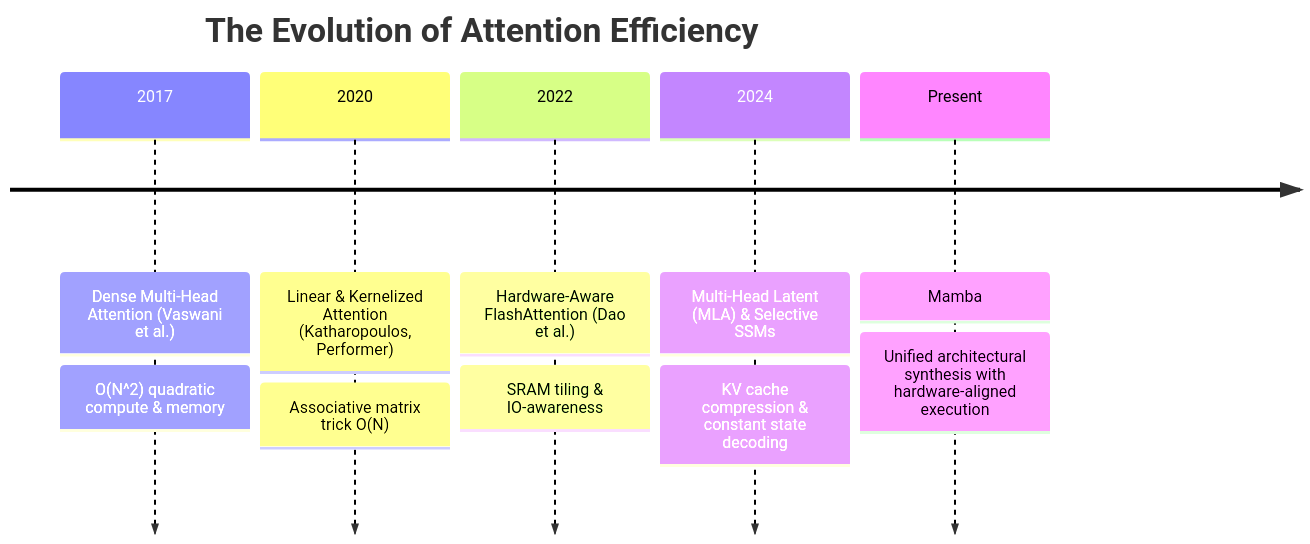
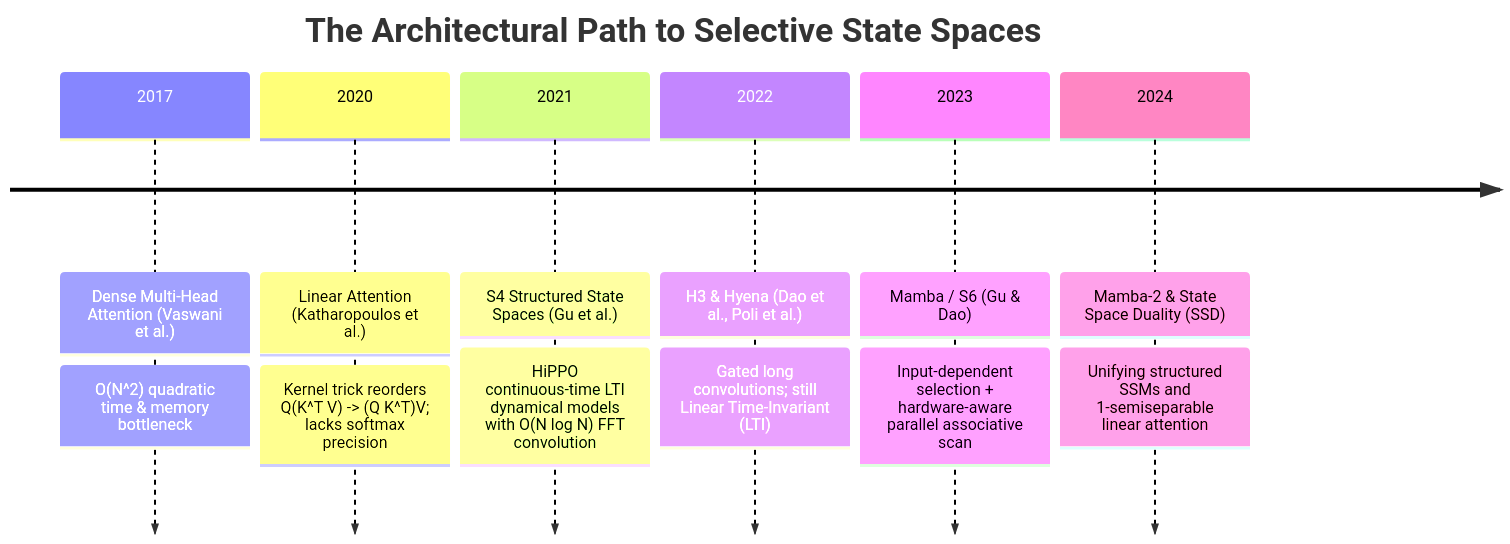
One commit to tahamajs/NeuralOps changed the first of 2 diagrams in Docs/content/attentions_blog/mamba_blog.md. Above: the diagram before and after it, drawn with Mermaid. The commit also changed other lines of this file and 19 other files, not shown here.

````diff
--- a/Docs/content/attentions_blog/mamba_blog.md
+++ b/Docs/content/attentions_blog/mamba_blog.md
@@ -58,9 +84,10 @@
 ```mermaid
 timeline
-    title The Evolution of Attention Efficiency
-    2017 : Dense Multi-Head Attention (Vaswani et al.) : O(N^2) quadratic compute & memory
-    2020 : Linear & Kernelized Attention (Katharopoulos, Performer) : Associative matrix trick O(N)
-    2022 : Hardware-Aware FlashAttention (Dao et al.) : SRAM tiling & IO-awareness
-    2024 : Multi-Head Latent (MLA) & Selective SSMs : KV cache compression & constant state decoding
-    Present : Mamba : Unified architectural synthesis with hardware-aligned execution
+    title The Architectural Path to Selective State Spaces
+    2017 : Dense Multi-Head Attention (Vaswani et al.) : O(N^2) quadratic time & memory bottleneck
+    2020 : Linear Attention (Katharopoulos et al.) : Kernel trick reorders Q(K^T V) -> (Q K^T)V; lacks softmax precision
+    2021 : S4 Structured State Spaces (Gu et al.) : HiPPO continuous-time LTI dynamical models with O(N log N) FFT convolution
+    2022 : H3 & Hyena (Dao et al., Poli et al.) : Gated long convolutions; still Linear Time-Invariant (LTI)
+    2023 : Mamba / S6 (Gu & Dao) : Input-dependent selection + hardware-aware parallel associative scan
+    2024 : Mamba-2 & State Space Duality (SSD) : Unifying structured SSMs and 1-semiseparable linear attention
 ```
````
